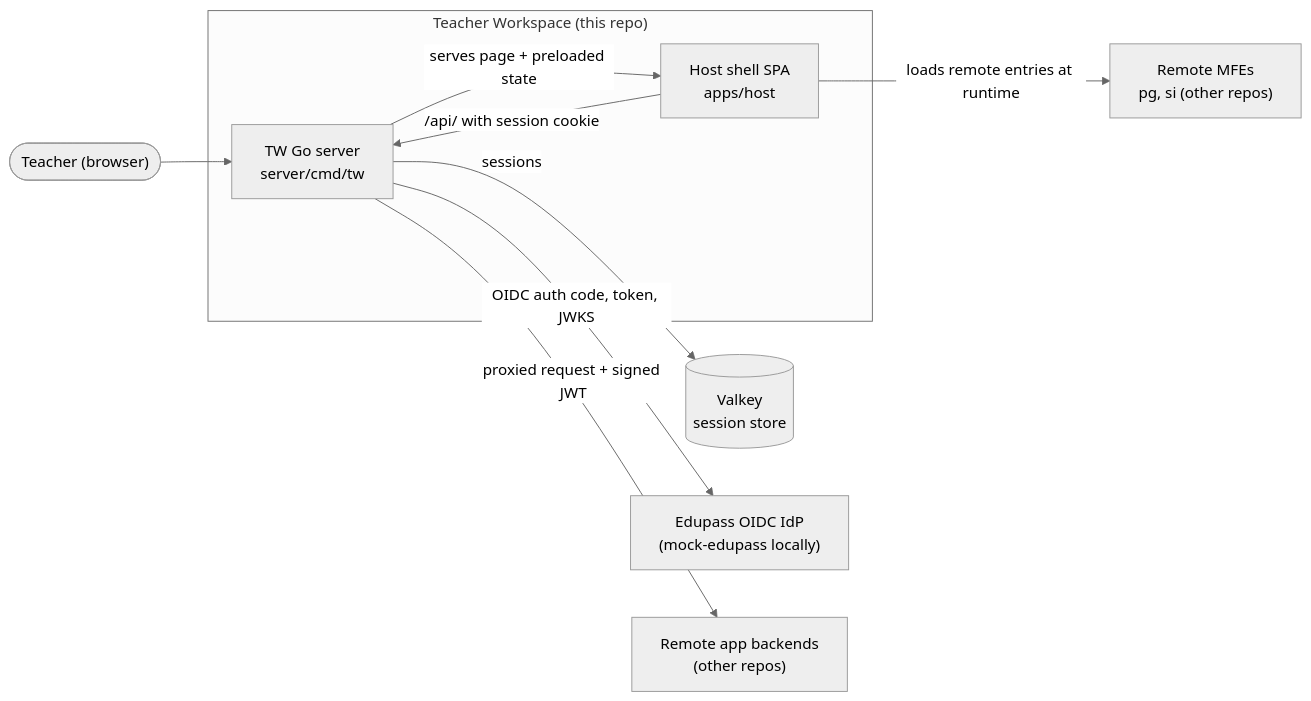
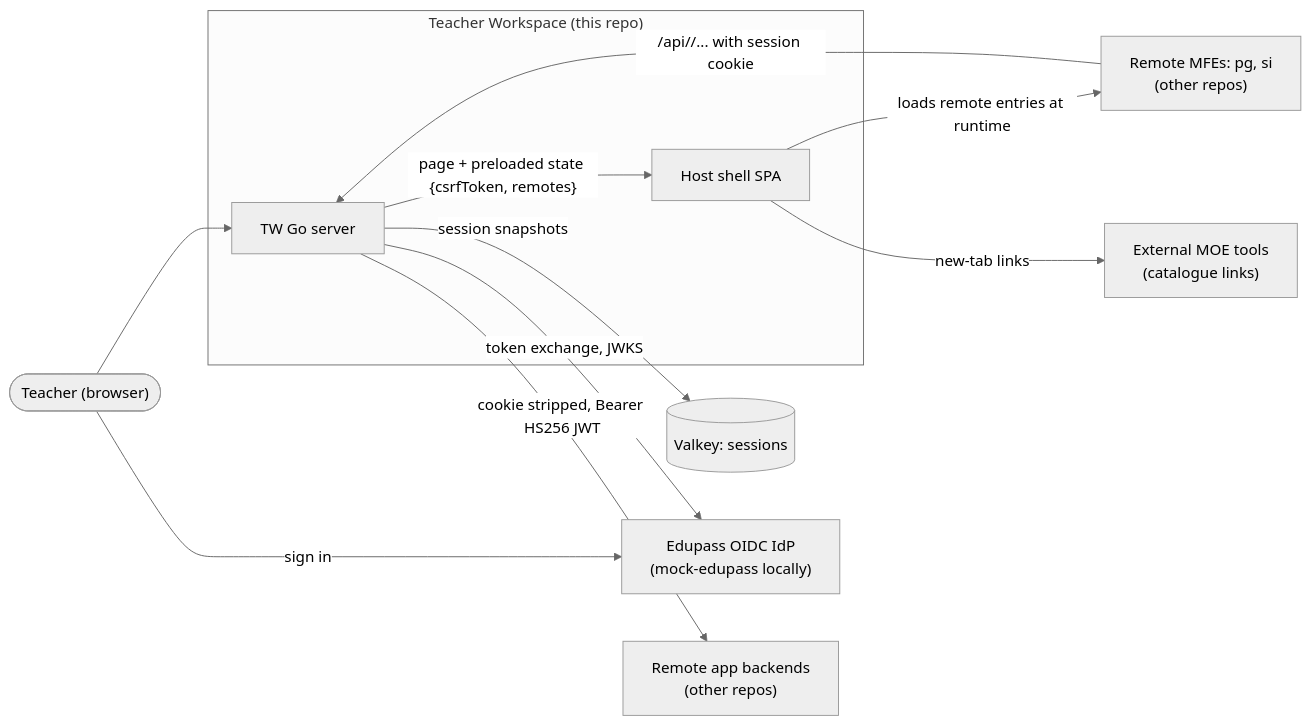
Before and after one commit to fatin-suhaimi/teacher-workspace: the diagram in docs/engineering-onboarding/00-project-overview.md, drawn with Mermaid (neutral theme). The commit also changed other lines of this file and 9 other files, not shown here.

````diff
--- a/docs/engineering-onboarding/00-project-overview.md
+++ b/docs/engineering-onboarding/00-project-overview.md
@@ -31,20 +36,23 @@
 ```mermaid
 flowchart LR
     teacher(["Teacher (browser)"])
     subgraph tw["Teacher Workspace (this repo)"]
-        shell["Host shell SPA<br/>apps/host"]
-        server["TW Go server<br/>server/cmd/tw"]
+        shell["Host shell SPA"]
+        server["TW Go server"]
     end
-    valkey[("Valkey<br/>session store")]
+    valkey[("Valkey: sessions")]
     edupass["Edupass OIDC IdP<br/>(mock-edupass locally)"]
-    remotes["Remote MFEs<br/>pg, si (other repos)"]
+    remotes["Remote MFEs: pg, si<br/>(other repos)"]
     rbe["Remote app backends<br/>(other repos)"]
+    ext["External MOE tools<br/>(catalogue links)"]
 
     teacher --> server
-    server -->|serves page + preloaded state| shell
-    shell -->|loads remote entries at runtime| remotes
-    server -->|OIDC auth code, token, JWKS| edupass
-    server -->|sessions| valkey
-    shell -->|/api/ with session cookie| server
-    server -->|proxied request + signed JWT| rbe
+    server -->|"page + preloaded state {csrfToken, remotes}"| shell
+    shell -->|"loads remote entries at runtime"| remotes
+    teacher -->|"sign in"| edupass
+    server -->|"token exchange, JWKS"| edupass
+    server -->|"session snapshots"| valkey
+    remotes -->|"/api/<app>/... with session cookie"| server
+    server -->|"cookie stripped, Bearer HS256 JWT"| rbe
+    shell -->|"new-tab links"| ext
 ```
````
